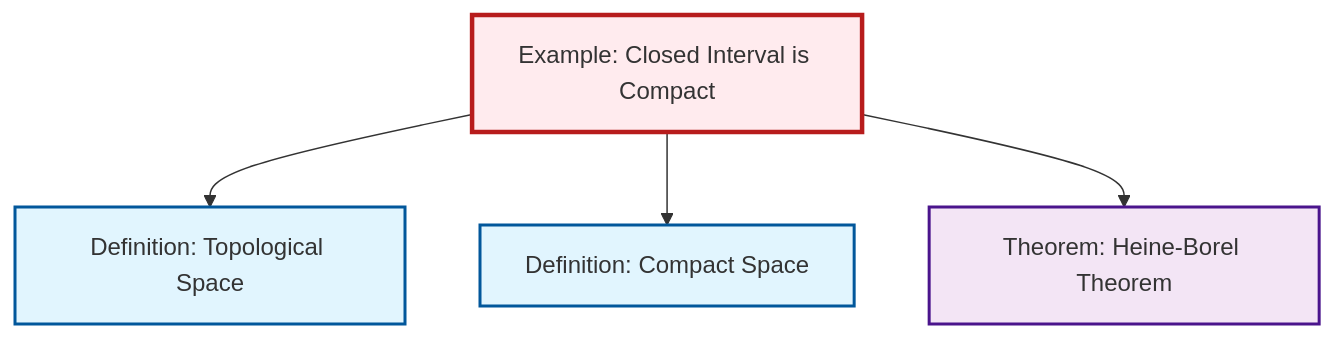
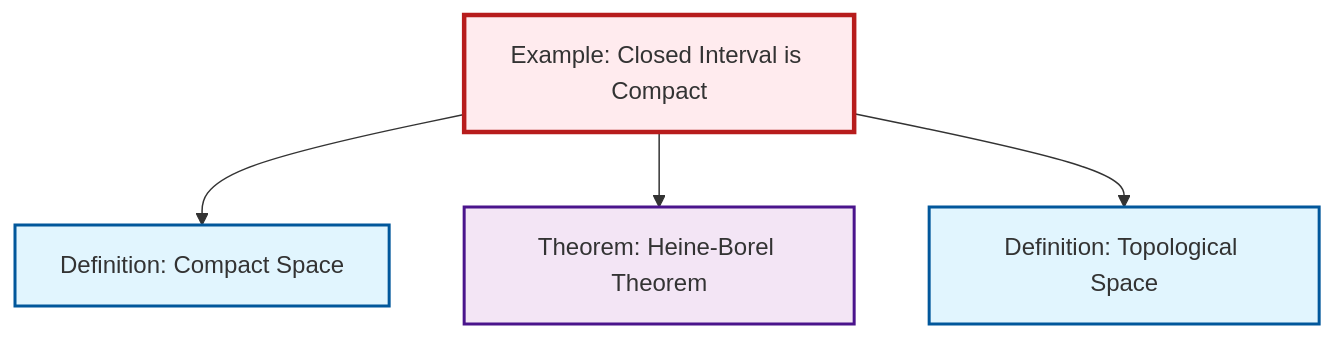
Before and after one commit to RK0429/ModernMath: the diagram in content/en/topology/ex-closed-interval-compact.qmd, drawn with Mermaid. The commit also changed other lines of this file and 203 other files, not shown here.

````diff
--- a/content/en/topology/ex-closed-interval-compact.qmd
+++ b/content/en/topology/ex-closed-interval-compact.qmd
@@ -54,21 +54,17 @@
 ```{mermaid}
 %%| fig-cap: "Local dependency graph"
 graph TD
     classDef definition fill:#e1f5fe,stroke:#01579b,stroke-width:2px
     classDef theorem fill:#f3e5f5,stroke:#4a148c,stroke-width:2px
     classDef axiom fill:#fff3e0,stroke:#e65100,stroke-width:2px
     classDef example fill:#e8f5e9,stroke:#1b5e20,stroke-width:2px
     classDef current fill:#ffebee,stroke:#b71c1c,stroke-width:3px
-    def-topological-space["Definition: Topological Space"]:::definition
     ex-closed-interval-compact["Example: Closed Interval is Compact"]:::example
     def-compact["Definition: Compact Space"]:::definition
+    def-topological-space["Definition: Topological Space"]:::definition
     thm-heine-borel["Theorem: Heine-Borel Theorem"]:::theorem
-    ex-closed-interval-compact --> def-topological-space
     ex-closed-interval-compact --> def-compact
     ex-closed-interval-compact --> thm-heine-borel
+    ex-closed-interval-compact --> def-topological-space
     class ex-closed-interval-compact current
-
-    click def-topological-space "def-topological-space.html" "Go to Topological Space definition"
-    click def-compact "def-compact.html" "Go to Compact Space definition"
-    click thm-heine-borel "thm-heine-borel.html" "Go to Heine-Borel Theorem theorem"
 ```
````
